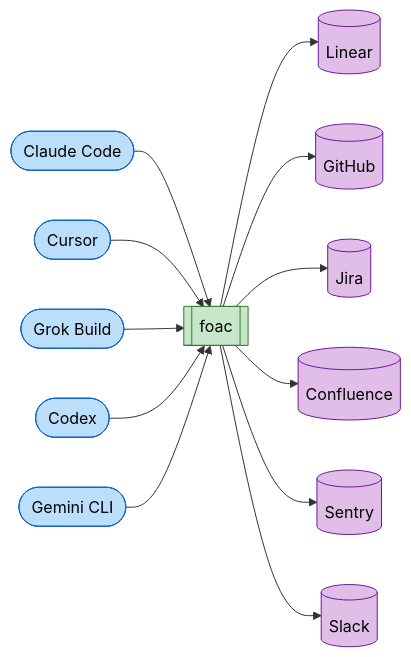
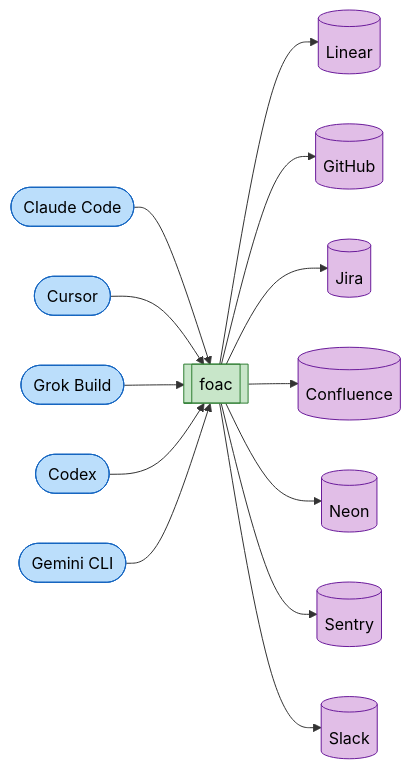
One commit to alephic-ai/foac changed the second of 2 diagrams in README.md. Above: the diagram before and after it, drawn with Mermaid. The commit also changed other lines of this file and 12 other files, not shown here.

First line of the commit message:
feat: add a Neon provider (#43) (#81)

````diff
--- a/README.md
+++ b/README.md
@@ -49,15 +50,15 @@
 ```mermaid
 graph LR
     CC([Claude Code]) --> F
     CU([Cursor]) --> F
     GRK([Grok Build]) --> F
     CX([Codex]) --> F
     GEM([Gemini CLI]) --> F[[foac]]
-    F --> Linear[(Linear)] & GitHub[(GitHub)] & Jira[(Jira)] & Confluence[(Confluence)] & Sentry[(Sentry)] & Slack[(Slack)]
+    F --> Linear[(Linear)] & GitHub[(GitHub)] & Jira[(Jira)] & Confluence[(Confluence)] & Neon[(Neon)] & Sentry[(Sentry)] & Slack[(Slack)]
     classDef harness fill:#bbdefb,stroke:#1565c0,color:#000
     classDef cli fill:#c8e6c9,stroke:#2e7d32,color:#000
     classDef provider fill:#e1bee7,stroke:#6a1b9a,color:#000
     class CC,CU,GRK,CX,GEM harness
     class F cli
-    class Linear,GitHub,Jira,Confluence,Sentry,Slack provider
+    class Linear,GitHub,Jira,Confluence,Neon,Sentry,Slack provider
 ```
````
